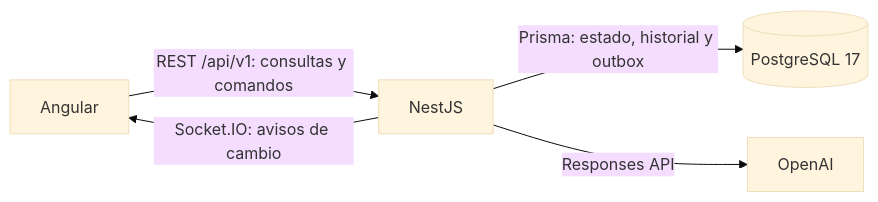
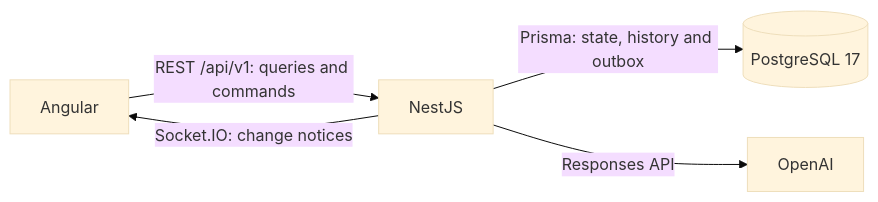
The diagram in README.md (JhomarSanchez/azul-kanban), drawn with Mermaid (base theme) before and after one commit. The commit also changed other lines of this file and 6 other files, not shown here.

````diff
--- a/README.md
+++ b/README.md
@@ -44,7 +46,7 @@
 ```mermaid
 flowchart LR
-  Angular -->|REST /api/v1: consultas y comandos| NestJS
-  NestJS -->|Socket.IO: avisos de cambio| Angular
-  NestJS -->|Prisma: estado, historial y outbox| PostgreSQL[(PostgreSQL 17)]
+  Angular -->|REST /api/v1: queries and commands| NestJS
+  NestJS -->|Socket.IO: change notices| Angular
+  NestJS -->|Prisma: state, history and outbox| PostgreSQL[(PostgreSQL 17)]
   NestJS -->|Responses API| OpenAI
 ```
````
